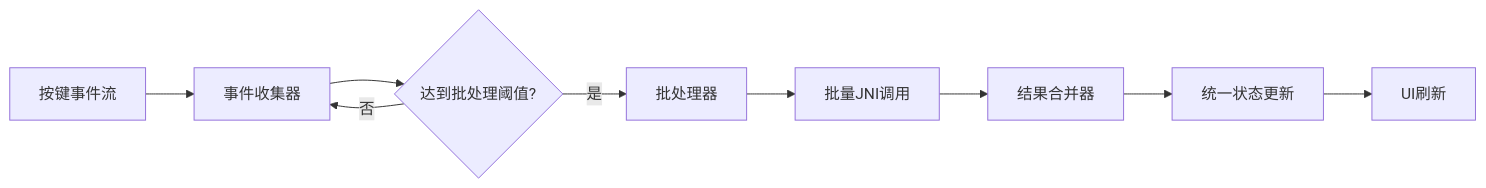
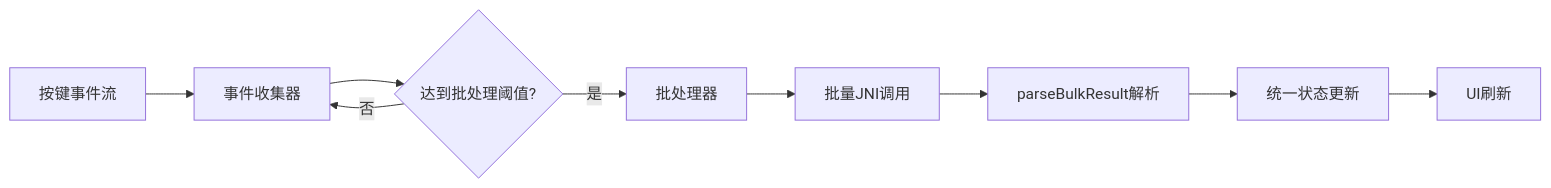
Before and after one commit to qiaodashaoye/ziyou-ime: the seventh of 10 diagrams in .qoder/repowiki/zh/content/架构设计/分层架构设计/业务逻辑层/SimpleRimeImpl 核心实现.md, drawn with Mermaid. The commit also changed other lines of this file and 14 other files, not shown here.

````diff
--- a/.qoder/repowiki/zh/content/架构设计/分层架构设计/业务逻辑层/SimpleRimeImpl 核心实现.md
+++ b/.qoder/repowiki/zh/content/架构设计/分层架构设计/业务逻辑层/SimpleRimeImpl 核心实现.md
@@ -354,11 +366,11 @@
 ```mermaid
 flowchart LR
 A["按键事件流"] --> B["事件收集器"]
 B --> C{"达到批处理阈值?"}
 C --> |否| B
 C --> |是| D["批处理器"]
 D --> E["批量JNI调用"]
-E --> F["结果合并器"]
+E --> F["parseBulkResult解析"]
 F --> G["统一状态更新"]
 G --> H["UI刷新"]
 ```
````
